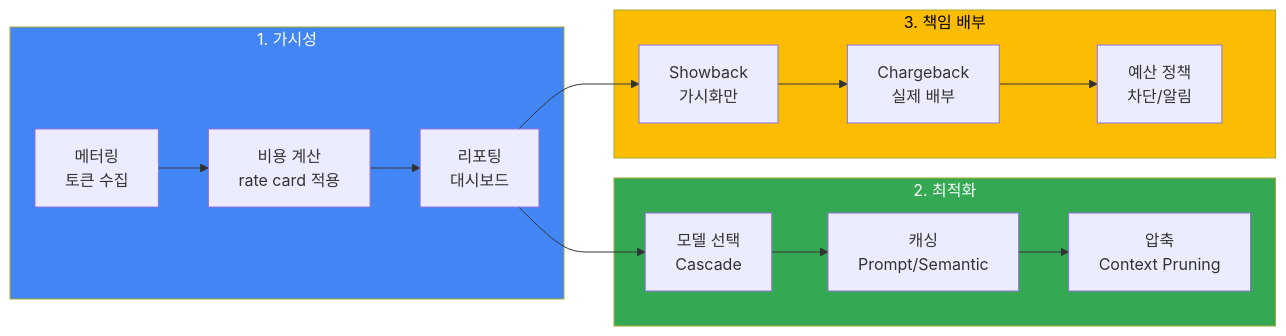
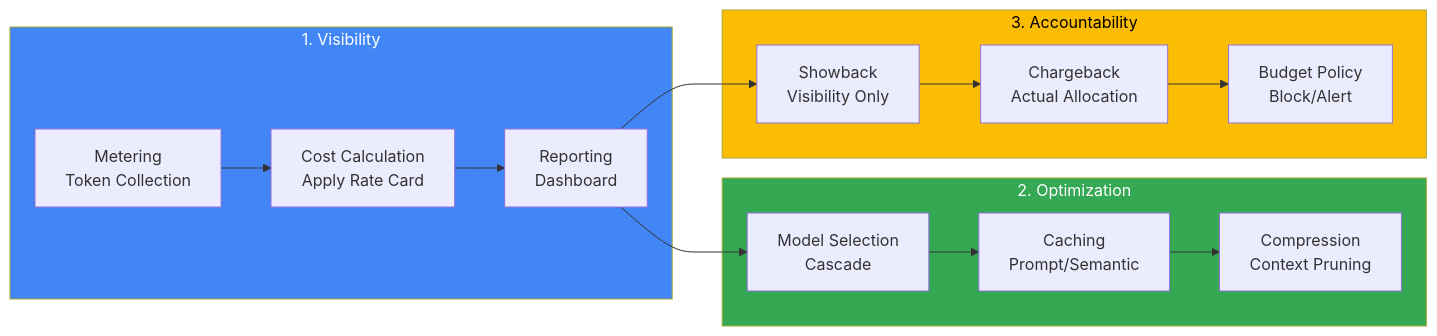
Before and after one commit to devfloor9/engineering-playbook: the first of 3 diagrams in docs/agentic-ai-platform/operations-mlops/governance/llm-finops-chargeback.md, drawn with Mermaid. The commit also changed other lines of this file and 954 other files, not shown here.

````diff
--- a/docs/agentic-ai-platform/operations-mlops/governance/llm-finops-chargeback.md
+++ b/docs/agentic-ai-platform/operations-mlops/governance/llm-finops-chargeback.md
@@ -50,30 +50,30 @@
 ```mermaid
 flowchart LR
-    subgraph Visibility["1. 가시성"]
-        VIS1[메터링<br/>토큰 수집]
-        VIS2[비용 계산<br/>rate card 적용]
-        VIS3[리포팅<br/>대시보드]
+    subgraph Visibility["1. Visibility"]
+        VIS1[Metering<br/>Token Collection]
+        VIS2[Cost Calculation<br/>Apply Rate Card]
+        VIS3[Reporting<br/>Dashboard]
     end
 
-    subgraph Optimization["2. 최적화"]
-        OPT1[모델 선택<br/>Cascade]
-        OPT2[캐싱<br/>Prompt/Semantic]
-        OPT3[압축<br/>Context Pruning]
+    subgraph Optimization["2. Optimization"]
+        OPT1[Model Selection<br/>Cascade]
+        OPT2[Caching<br/>Prompt/Semantic]
+        OPT3[Compression<br/>Context Pruning]
     end
 
-    subgraph Accountability["3. 책임 배부"]
-        ACC1[Showback<br/>가시화만]
-        ACC2[Chargeback<br/>실제 배부]
-        ACC3[예산 정책<br/>차단/알림]
+    subgraph Accountability["3. Accountability"]
+        ACC1[Showback<br/>Visibility Only]
+        ACC2[Chargeback<br/>Actual Allocation]
+        ACC3[Budget Policy<br/>Block/Alert]
     end
 
     VIS1 --> VIS2 --> VIS3
     VIS3 --> OPT1
     OPT1 --> OPT2 --> OPT3
     VIS3 --> ACC1 --> ACC2
     ACC2 --> ACC3
 
     style Visibility fill:#4285f4,color:#fff
     style Optimization fill:#34a853,color:#fff
     style Accountability fill:#fbbc04,color:#000
 ```
````
